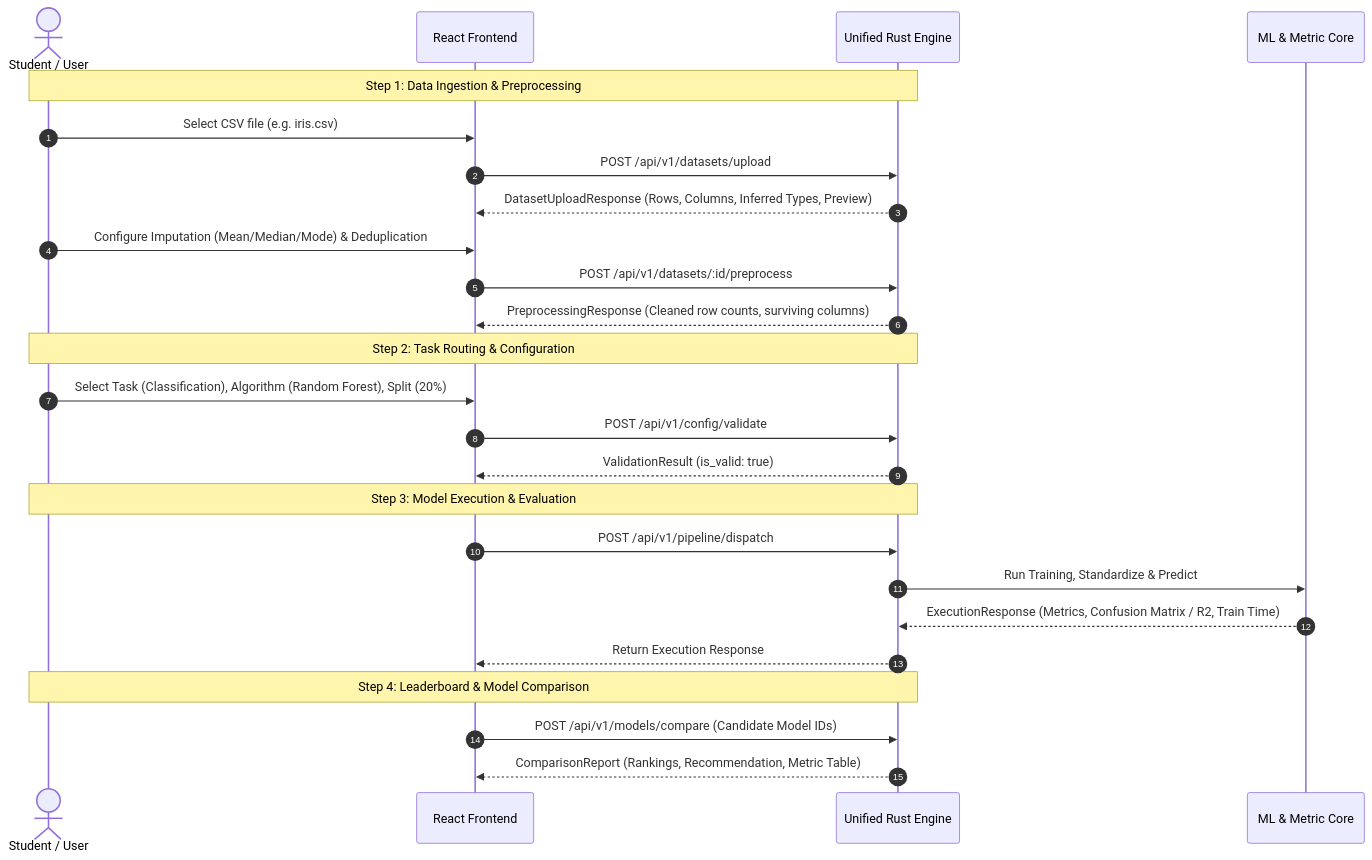
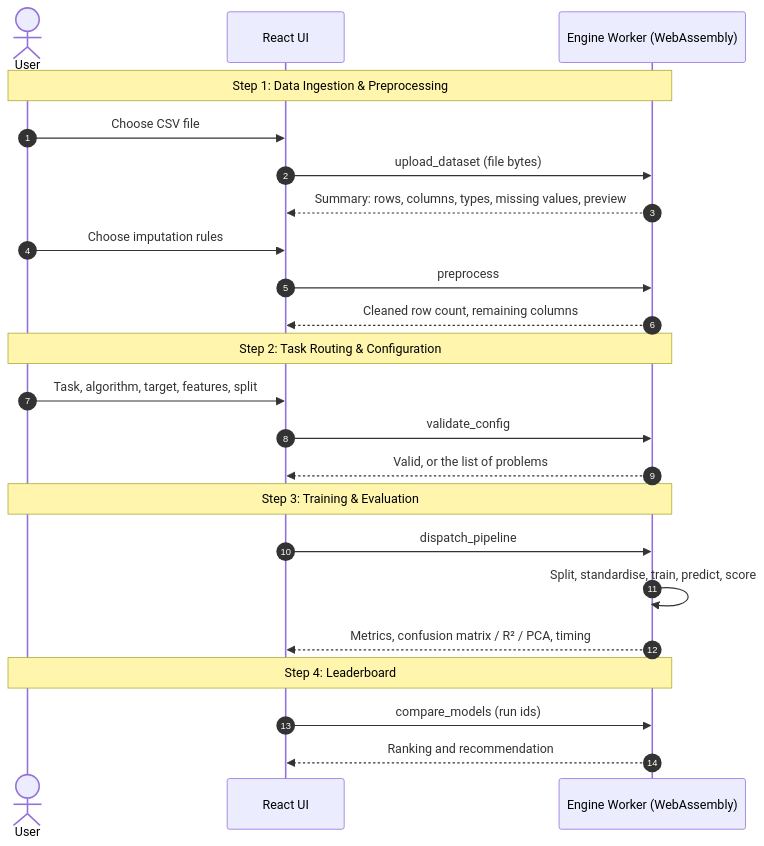
Before and after one commit to Web-Based-ML-Model-Evaluator/Web-Based-ML-Model-Evaluator: the second of 3 diagrams in README.md, drawn with Mermaid. The commit also changed other lines of this file and 1 other file, not shown here.

First line of the commit message:
docs: document the on-device architecture and engine API (#49)

````diff
--- a/README.md
+++ b/README.md
@@ -185,31 +136,29 @@
 ```mermaid
 sequenceDiagram
     autonumber
-    actor User as Student / User
-    participant UI as React Frontend
-    participant Server as Unified Rust Engine
-    participant ML as ML & Metric Core
+    actor User
+    participant UI as React UI
+    participant W as Engine Worker (WebAssembly)
 
-    Note over User,Server: Step 1: Data Ingestion & Preprocessing
-    User->>UI: Select CSV file (e.g. iris.csv)
-    UI->>Server: POST /api/v1/datasets/upload
-    Server-->>UI: DatasetUploadResponse (Rows, Columns, Inferred Types, Preview)
-    User->>UI: Configure Imputation (Mean/Median/Mode) & Deduplication
-    UI->>Server: POST /api/v1/datasets/:id/preprocess
-    Server-->>UI: PreprocessingResponse (Cleaned row counts, surviving columns)
+    Note over User,W: Step 1: Data Ingestion & Preprocessing
+    User->>UI: Choose CSV file
+    UI->>W: upload_dataset (file bytes)
+    W-->>UI: Summary: rows, columns, types, missing values, preview
+    User->>UI: Choose imputation rules
+    UI->>W: preprocess
+    W-->>UI: Cleaned row count, remaining columns
 
-    Note over User,Server: Step 2: Task Routing & Configuration
-    User->>UI: Select Task (Classification), Algorithm (Random Forest), Split (20%)
-    UI->>Server: POST /api/v1/config/validate
-    Server-->>UI: ValidationResult (is_valid: true)
+    Note over User,W: Step 2: Task Routing & Configuration
+    User->>UI: Task, algorithm, target, features, split
+    UI->>W: validate_config
+    W-->>UI: Valid, or the list of problems
 
-    Note over User,Server: Step 3: Model Execution & Evaluation
-    UI->>Server: POST /api/v1/pipeline/dispatch
-    Server->>ML: Run Training, Standardize & Predict
-    ML-->>Server: ExecutionResponse (Metrics, Confusion Matrix / R2, Train Time)
-    Server-->>UI: Return Execution Response
+    Note over User,W: Step 3: Training & Evaluation
+    UI->>W: dispatch_pipeline
+    W->>W: Split, standardise, train, predict, score
+    W-->>UI: Metrics, confusion matrix / R² / PCA, timing
 
-    Note over User,Server: Step 4: Leaderboard & Model Comparison
-    UI->>Server: POST /api/v1/models/compare (Candidate Model IDs)
-    Server-->>UI: ComparisonReport (Rankings, Recommendation, Metric Table)
+    Note over User,W: Step 4: Leaderboard
+    UI->>W: compare_models (run ids)
+    W-->>UI: Ranking and recommendation
 ```
````
